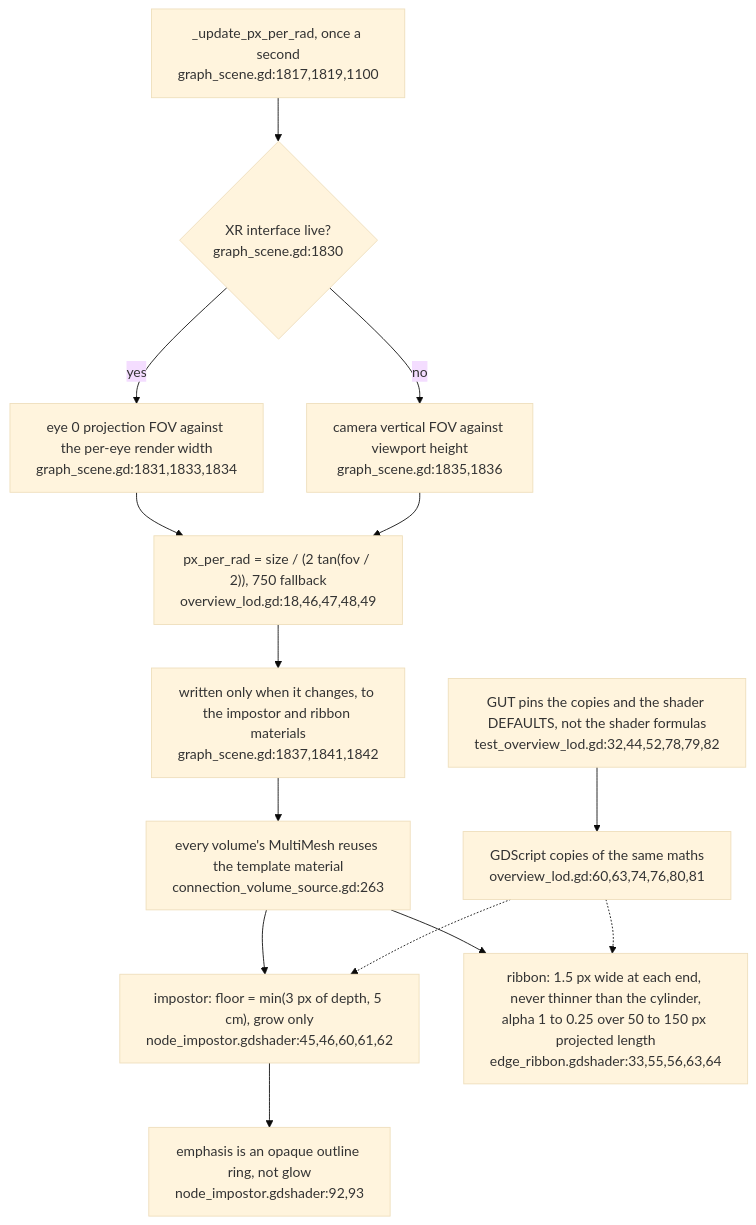
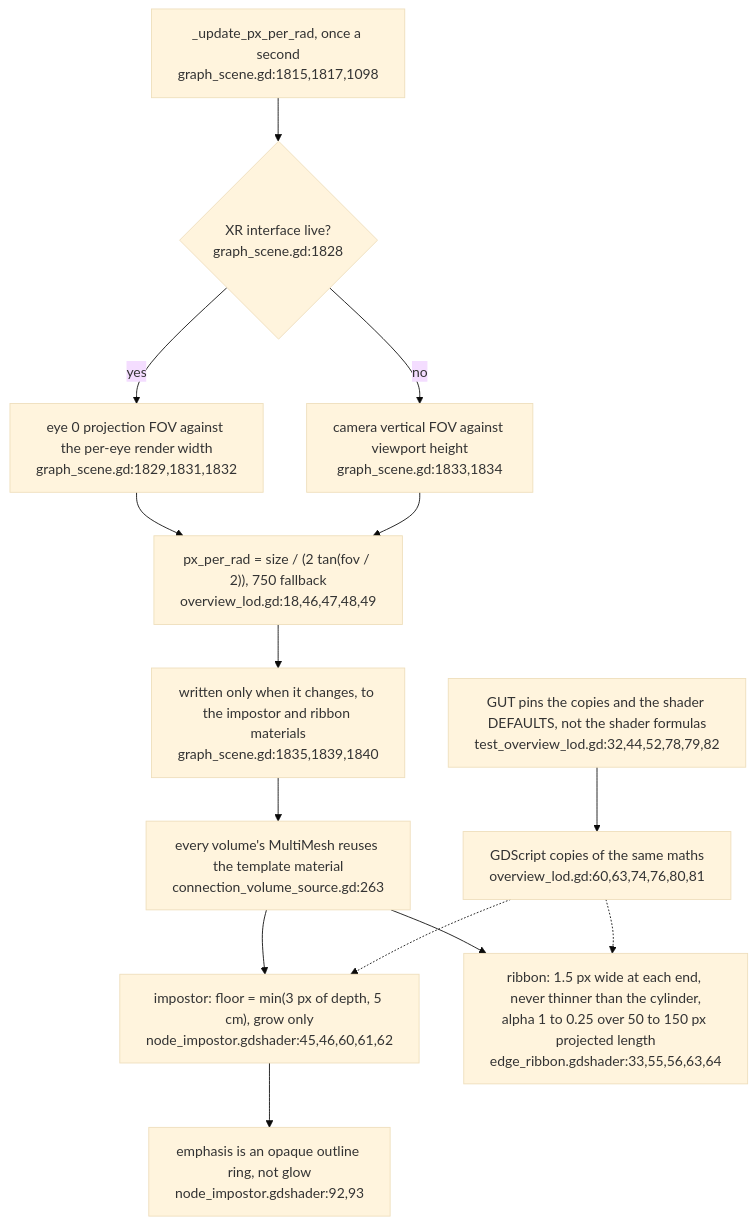
The sixth of 8 diagrams in docs/diagrams/visionclaw/51-xr-visual-budget-and-engine-gates.md (DreamLab-AI/VisionFlow), drawn with Mermaid (base theme) before and after one commit. The commit also changed other lines of this file and 6 other files, not shown here.

First line of the commit message:
diagrams(visionclaw): re-verify VC-51..57 at visionclaw 4900ec60

````diff
--- a/docs/diagrams/visionclaw/51-xr-visual-budget-and-engine-gates.md
+++ b/docs/diagrams/visionclaw/51-xr-visual-budget-and-engine-gates.md
@@ -122,16 +122,16 @@
 ```mermaid
 flowchart TD
-    POLL["_update_px_per_rad, once a second<br/>graph_scene.gd:1817,1819,1100"] --> XR{"XR interface live?<br/>graph_scene.gd:1830"}
-    XR -->|yes| EYE["eye 0 projection FOV against the per-eye render width<br/>graph_scene.gd:1831,1833,1834"]
-    XR -->|no| DESK["camera vertical FOV against viewport height<br/>graph_scene.gd:1835,1836"]
+    POLL["_update_px_per_rad, once a second<br/>graph_scene.gd:1815,1817,1098"] --> XR{"XR interface live?<br/>graph_scene.gd:1828"}
+    XR -->|yes| EYE["eye 0 projection FOV against the per-eye render width<br/>graph_scene.gd:1829,1831,1832"]
+    XR -->|no| DESK["camera vertical FOV against viewport height<br/>graph_scene.gd:1833,1834"]
     EYE --> PPR["px_per_rad = size / (2 tan(fov / 2)), 750 fallback<br/>overview_lod.gd:18,46,47,48,49"]
     DESK --> PPR
-    PPR --> MAT["written only when it changes, to the impostor and ribbon materials<br/>graph_scene.gd:1837,1841,1842"]
+    PPR --> MAT["written only when it changes, to the impostor and ribbon materials<br/>graph_scene.gd:1835,1839,1840"]
     MAT --> SHARE["every volume's MultiMesh reuses the template material<br/>connection_volume_source.gd:263"]
     SHARE --> IMP["impostor: floor = min(3 px of depth, 5 cm), grow only<br/>node_impostor.gdshader:45,46,60,61,62"]
     SHARE --> RIB["ribbon: 1.5 px wide at each end, never thinner than the cylinder,<br/>alpha 1 to 0.25 over 50 to 150 px projected length<br/>edge_ribbon.gdshader:33,55,56,63,64"]
     IMP --> EMPH["emphasis is an opaque outline ring, not glow<br/>node_impostor.gdshader:92,93"]
     MIRROR["GDScript copies of the same maths<br/>overview_lod.gd:60,63,74,76,80,81"] -.-> IMP
     MIRROR -.-> RIB
     PIN["GUT pins the copies and the shader DEFAULTS, not the shader formulas<br/>test_overview_lod.gd:32,44,52,78,79,82"] --> MIRROR
 ```
````
